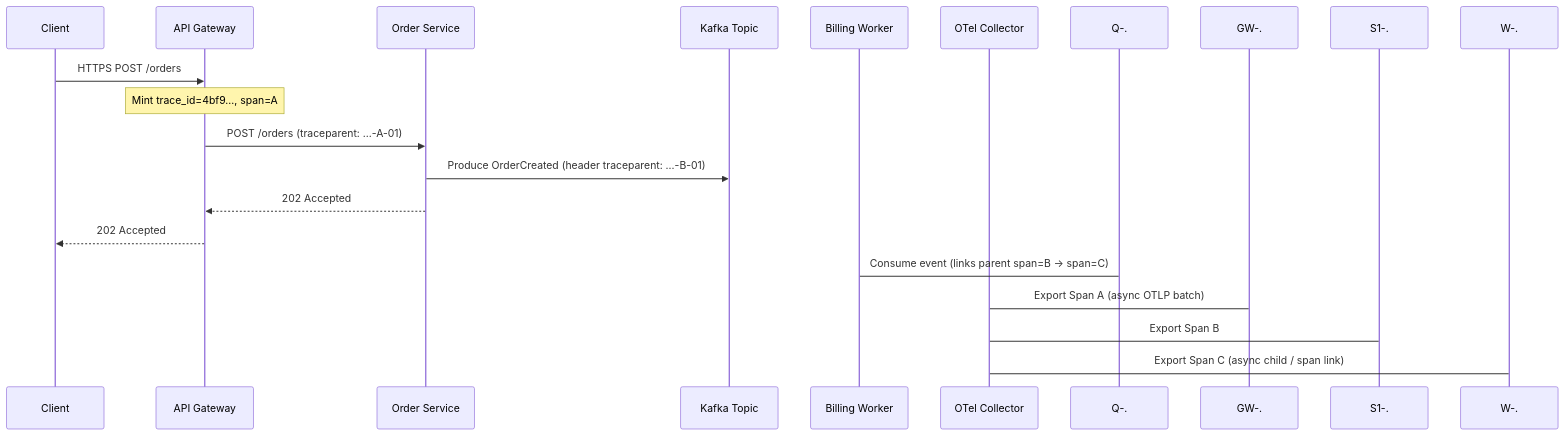
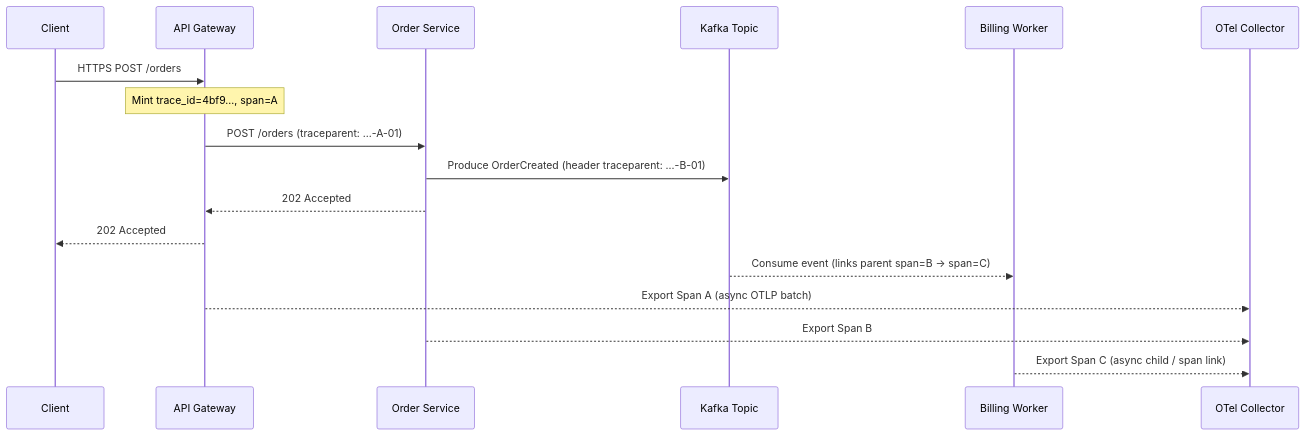
The diagram in courses/system-design/lessons/34-observability-chaos.md (stack-shade/courses), drawn with Mermaid before and after one commit. The commit also changed 65 other files, not shown here.

Commit message:
Animate all 40 visuals, embed live sims inline, and fix/retheme all Mermaid diagrams

````diff
--- a/courses/system-design/lessons/34-observability-chaos.md
+++ b/courses/system-design/lessons/34-observability-chaos.md
@@ -75,20 +75,20 @@
 ```mermaid
 sequenceDiagram
   participant C as Client
   participant GW as API Gateway
   participant S1 as Order Service
   participant Q as Kafka Topic
   participant W as Billing Worker
   participant Col as OTel Collector
 
   C->>GW: HTTPS POST /orders
   Note over GW: Mint trace_id=4bf9..., span=A
   GW->>S1: POST /orders (traceparent: ...-A-01)
   S1->>Q: Produce OrderCreated (header traceparent: ...-B-01)
   S1-->>GW: 202 Accepted
   GW-->>C: 202 Accepted
-  Q-.->W: Consume event (links parent span=B -> span=C)
-  GW-.->Col: Export Span A (async OTLP batch)
-  S1-.->Col: Export Span B
-  W-.->Col: Export Span C (async child / span link)
+  Q-->>W: Consume event (links parent span=B -> span=C)
+  GW-->>Col: Export Span A (async OTLP batch)
+  S1-->>Col: Export Span B
+  W-->>Col: Export Span C (async child / span link)
 ```
````
